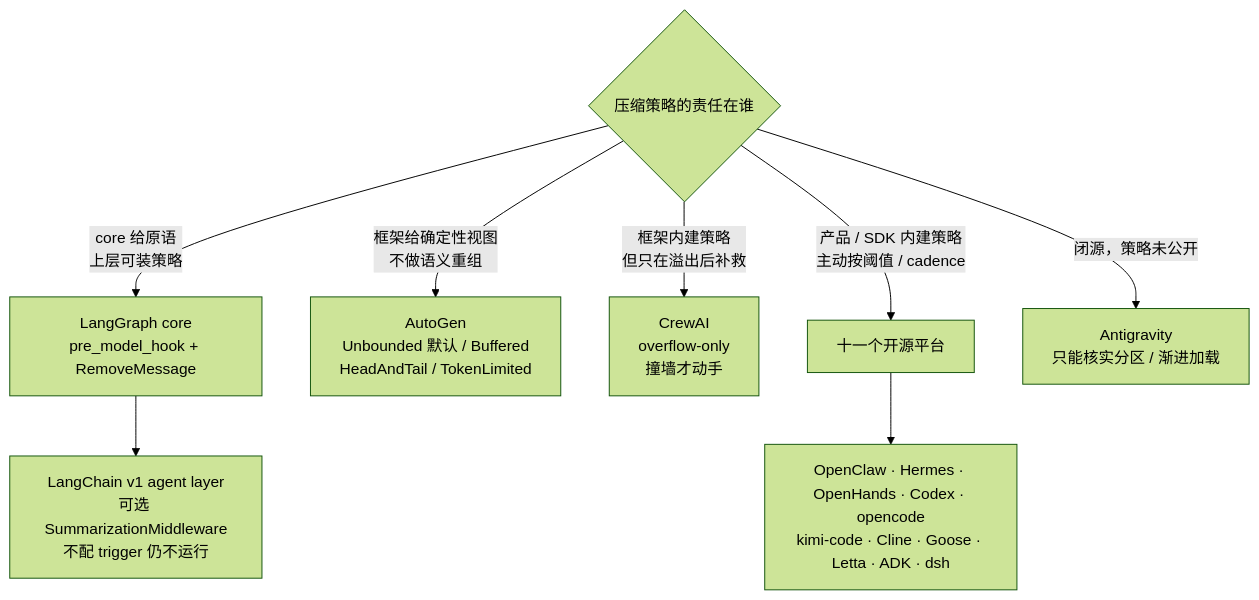
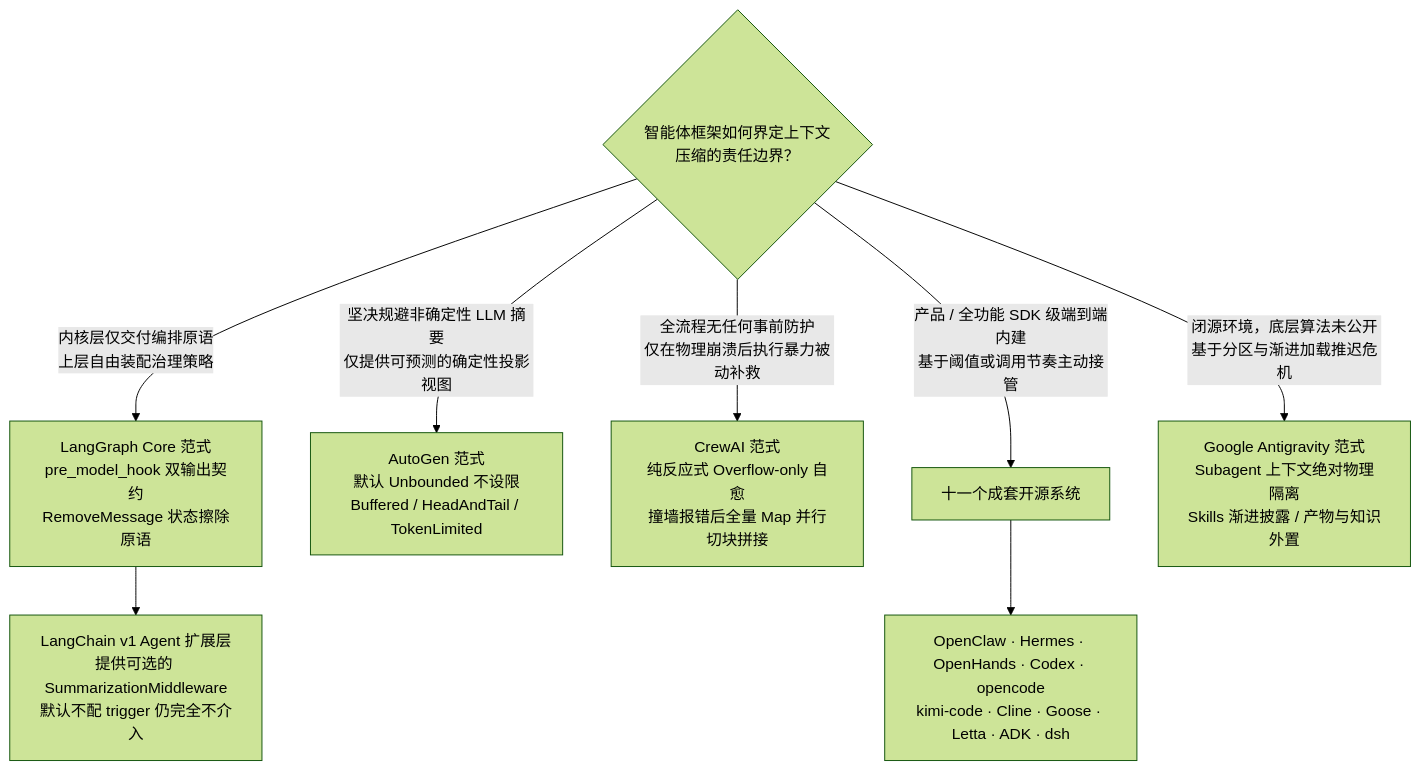
One commit to caiboyang/ML-learning changed diagram 17 of 19 in agent-context-compression/Agent_Context_Compression_Research.md. Above: the diagram before and after it, drawn with Mermaid (forest theme). The commit also changed other lines of this file and 4 other files, not shown here.

````diff
--- a/agent-context-compression/Agent_Context_Compression_Research.md
+++ b/agent-context-compression/Agent_Context_Compression_Research.md
@@ -3079,11 +2950,11 @@
 ```mermaid
 flowchart TD
-    Q{"压缩策略的责任在谁"}
-    Q -->|"core 给原语<br/>上层可装策略"| A["LangGraph core<br/>pre_model_hook + RemoveMessage"]
-    A --> A1["LangChain v1 agent layer<br/>可选 SummarizationMiddleware<br/>不配 trigger 仍不运行"]
-    Q -->|"框架给确定性视图<br/>不做语义重组"| B["AutoGen<br/>Unbounded 默认 / Buffered<br/>HeadAndTail / TokenLimited"]
-    Q -->|"框架内建策略<br/>但只在溢出后补救"| D["CrewAI<br/>overflow-only<br/>撞墙才动手"]
-    Q -->|"产品 / SDK 内建策略<br/>主动按阈值 / cadence"| C["十一个开源平台"]
-    Q -->|"闭源，策略未公开"| E["Antigravity<br/>只能核实分区 / 渐进加载"]
+    Q{"智能体框架如何界定上下文压缩的责任边界？"}
+    Q -->|"内核层仅交付编排原语<br/>上层自由装配治理策略"| A["LangGraph Core 范式<br/>pre_model_hook 双输出契约<br/>RemoveMessage 状态擦除原语"]
+    A --> A1["LangChain v1 Agent 扩展层<br/>提供可选的 SummarizationMiddleware<br/>默认不配 trigger 仍完全不介入"]
+    Q -->|"坚决规避非确定性 LLM 摘要<br/>仅提供可预测的确定性投影视图"| B["AutoGen 范式<br/>默认 Unbounded 不设限<br/>Buffered / HeadAndTail / TokenLimited"]
+    Q -->|"全流程无任何事前防护<br/>仅在物理崩溃后执行暴力被动补救"| D["CrewAI 范式<br/>纯反应式 Overflow-only 自愈<br/>撞墙报错后全量 Map 并行切块拼接"]
+    Q -->|"产品 / 全功能 SDK 级端到端内建<br/>基于阈值或调用节奏主动接管"| C["十一个成套开源系统"]
+    Q -->|"闭源环境，底层算法未公开<br/>基于分区与渐进加载推迟危机"| E["Google Antigravity 范式<br/>Subagent 上下文绝对物理隔离<br/>Skills 渐进披露 / 产物与知识外置"]
     C --> C2["OpenClaw · Hermes · OpenHands · Codex · opencode<br/>kimi-code · Cline · Goose · Letta · ADK · dsh"]
 ```
````
